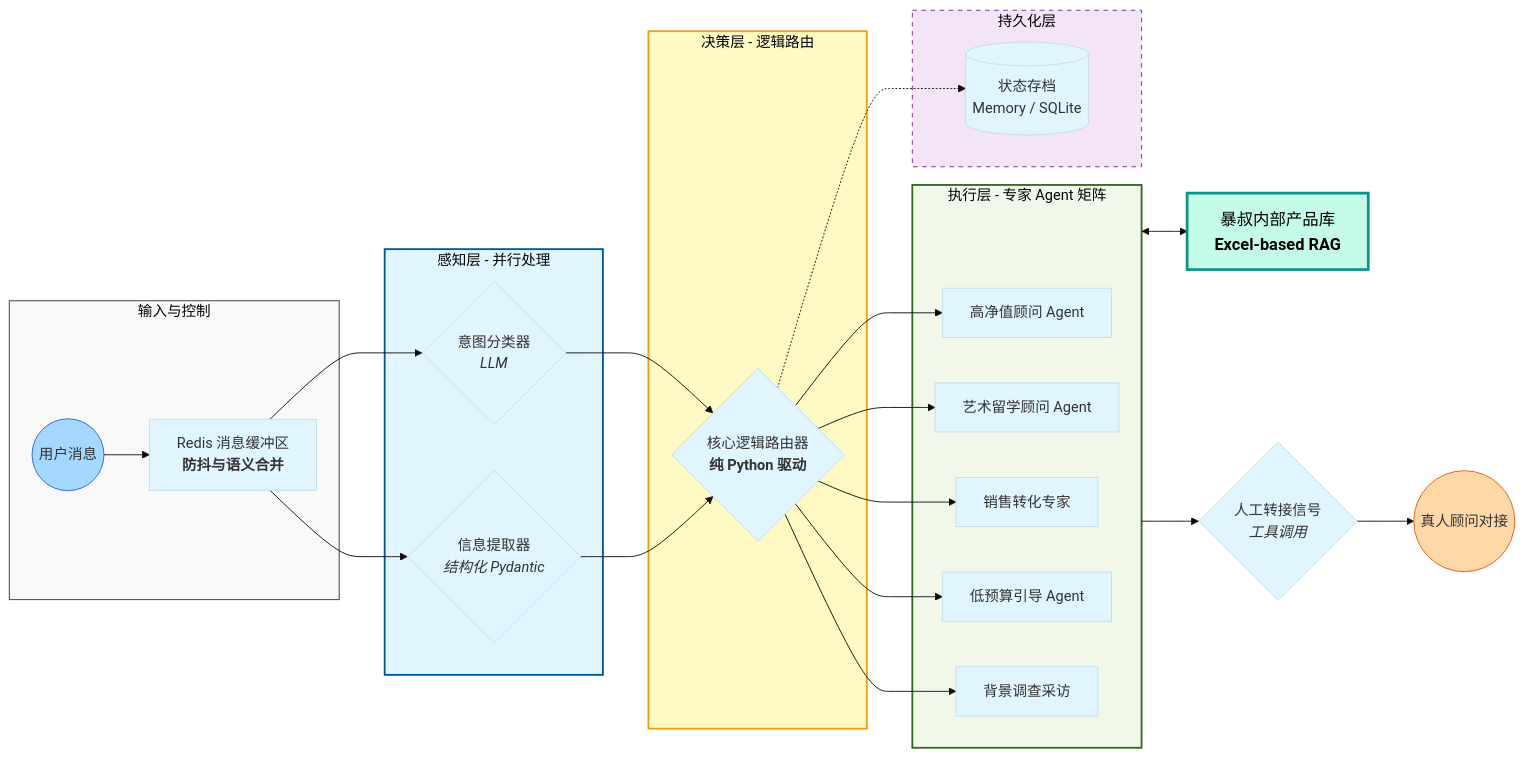
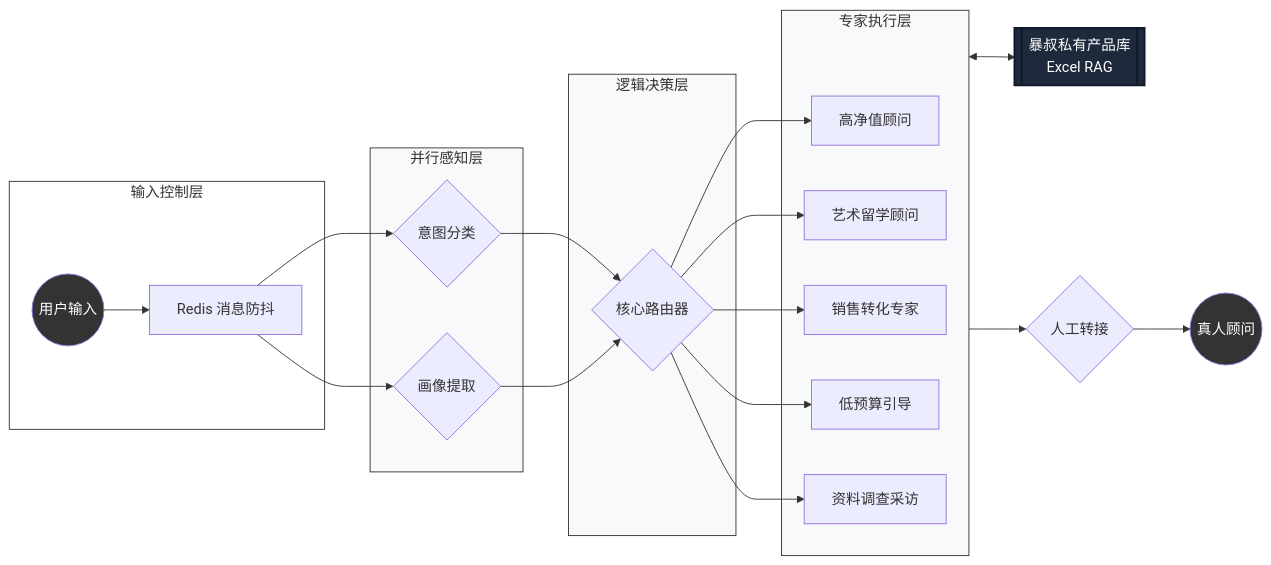
One commit to JackybigW/baoshu_ai changed the diagram in README.md. Above: the diagram before and after it, drawn with Mermaid. The commit also changed other lines of this file and 1 other file, not shown here.

Commit message:
docs: 回归大厂极客风极简审美，重构 Mermaid 架构图布局与配色

````diff
--- a/README.md
+++ b/README.md
@@ -15,42 +15,40 @@
 ```mermaid
-%%{init: {'theme': 'base', 'themeVariables': { 'fontSize': '16px', 'primaryColor': '#e1f5fe', 'edgeLabelBackground':'#ffffff'}}}%%
 graph LR
-    subgraph Input_Layer [输入与控制]
-        User((用户消息)) --> Buffer[Redis 消息缓冲区<br/><b>防抖与语义合并</b>]
+    %% 层级定义
+    subgraph Input [输入控制层]
+        User((用户输入)) --> Buffer[Redis 消息防抖]
     end
 
-    subgraph Perception_Layer [感知层 - 并行处理]
-        Buffer --> Classifier{意图分类器<br/><i>LLM</i>}
-        Buffer --> Extractor{信息提取器<br/><i>结构化 Pydantic</i>}
+    subgraph Perception [并行感知层]
+        Buffer --> Classifier{意图分类}
+        Buffer --> Extractor{画像提取}
     end
 
-    subgraph Decision_Layer [决策层 - 逻辑路由]
-        Classifier & Extractor --> Router{核心逻辑路由器<br/><b>纯 Python 驱动</b>}
+    subgraph Decision [逻辑决策层]
+        Classifier & Extractor --> Router{核心路由器}
     end
 
-    subgraph Execution_Layer [执行层 - 专家 Agent 矩阵]
-        Router --> HV[高净值顾问 Agent]
-        Router --> ART[艺术留学顾问 Agent]
+    subgraph Execution [专家执行层]
+        Router --> HV[高净值顾问]
+        Router --> ART[艺术留学顾问]
         Router --> CS[销售转化专家]
-        Router --> LB[低预算引导 Agent]
-        Router --> IV[背景调查采访]
+        Router --> LB[低预算引导]
+        Router --> IV[资料调查采访]
     end
 
-    Execution_Layer <--> RAG[暴叔内部产品库<br/><b>Excel-based RAG</b>]
-    Execution_Layer --> Handoff{人工转接信号<br/><i>工具调用</i>}
-    Handoff --> Agent_Assigned((真人顾问对接))
+    %% 核心组件连接
+    Execution <--> RAG[[暴叔私有产品库<br/>Excel RAG]]
+    Execution --> Handoff{人工转接}
+    Handoff --> Human((真人顾问))
 
-    subgraph Persistence [持久化层]
-        Router -.-> DB[(状态存档<br/>Memory / SQLite)]
-    end
-
-    %% Styling
-    style Input_Layer fill:#f9f9f9,stroke:#333,stroke-width:1px
-    style Perception_Layer fill:#e1f5fe,stroke:#01579b,stroke-width:2px
-    style Decision_Layer fill:#fff9c4,stroke:#f59e0b,stroke-width:2px
-    style Execution_Layer fill:#f1f8e9,stroke:#33691e,stroke-width:2px
-    style RAG fill:#c3fae8,stroke:#0d9488,stroke-width:3px,color:#000,font-size:18px
-    style Persistence fill:#f3e5f5,stroke:#7b1fa2,stroke-dasharray: 5 5
-    style User fill:#a5d8ff,stroke:#2563eb
-    style Agent_Assigned fill:#ffd8a8,stroke:#ea580c
+    %% 极简极客风样式
+    style Input fill:#ffffff,stroke:#333,stroke-width:1px
+    style Perception fill:#f8f9fa,stroke:#333,stroke-width:1px
+    style Decision fill:#f8f9fa,stroke:#333,stroke-width:1px
+    style Execution fill:#f8f9fa,stroke:#333,stroke-width:1px
+    
+    %% 核心资产强调
+    style RAG fill:#1e293b,color:#fff,stroke:#0f172a,stroke-width:2px
+    style User fill:#333,color:#fff
+    style Human fill:#333,color:#fff
 ```
````
